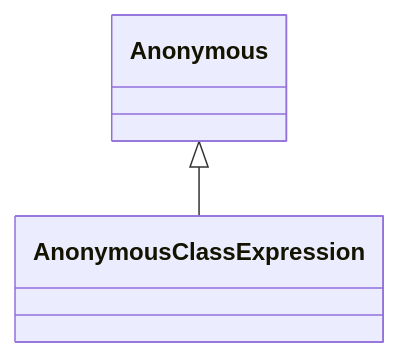
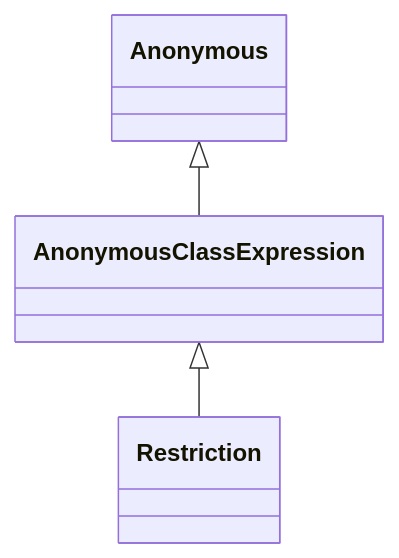
Before and after one commit to INCATools/ontology-access-kit: the diagram in ontology-metadata/AnonymousClassExpression.md, drawn with Mermaid. The commit also changed other lines of this file and 245 other files, not shown here.

````diff
--- a/ontology-metadata/AnonymousClassExpression.md
+++ b/ontology-metadata/AnonymousClassExpression.md
@@ -11,7 +11,11 @@
 ```{mermaid}
  classDiagram
+    class AnonymousClassExpression
       Anonymous <|-- AnonymousClassExpression
       
       
 
+      AnonymousClassExpression <|-- Restriction
+      
+      
 ```
````
